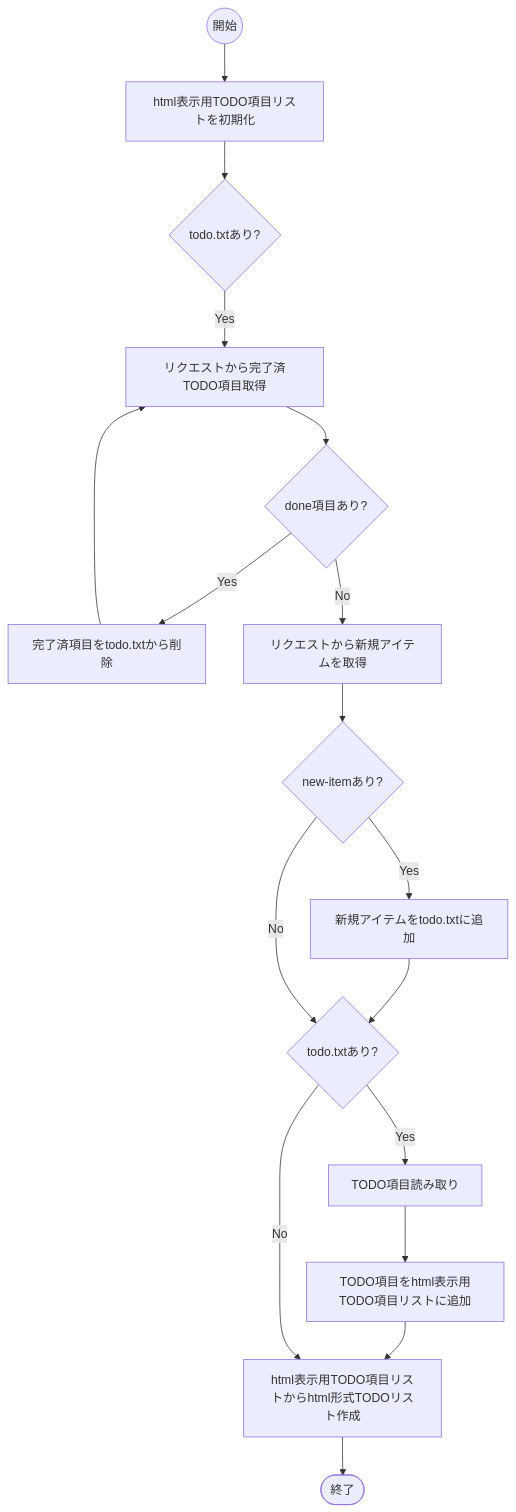
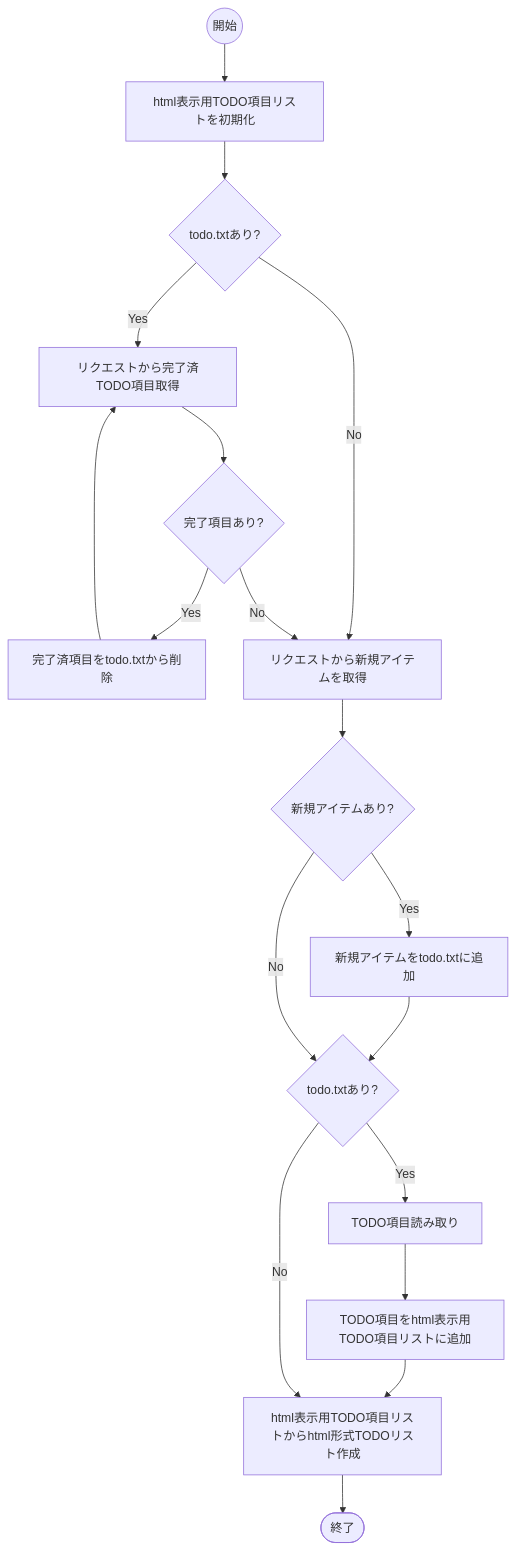
The diagram in docroot/spec/todo-spec/post-todo-flow.mermaid (oc-soft/eg-http-python), drawn with Mermaid before and after one commit.

Commit message:
I fixed the update todo.txt flow with easy to understand.

```diff
--- a/docroot/spec/todo-spec/post-todo-flow.mermaid
+++ b/docroot/spec/todo-spec/post-todo-flow.mermaid
@@ -1,34 +1,35 @@
 flowchart TD
 
   start000@{ shape: circle, label: "開始" }
   end000@{ shape: stadium, label: "終了" }
 
   init010@{ shape: rect, label: "html表示用TODO項目リストを初期化" }
 
   proc010@{ shape: rect, label: "リクエストから完了済TODO項目取得" }
   proc020@{ shape: rect, label: "完了済項目をtodo.txtから削除" }
   proc030@{ shape: rect, label: "リクエストから新規アイテムを取得" }
   proc040@{ shape: rect, label: "新規アイテムをtodo.txtに追加" }
 
   
   proc050@{shape: rect, label: "TODO項目読み取り"}
   proc060@{shape: rect, label: "TODO項目をhtml表示用TODO項目リストに追加"}
 
   proc100@{shape: rect, label: "html表示用TODO項目リストからhtml形式TODOリスト作成" }
  
   
   dec010@{ shape: diamond, label: "todo.txtあり?"}
-  dec020@{ shape: diamond, label: "done項目あり?" }
-  dec030@{ shape: diamond, label: "new-itemあり?" }
+  dec020@{ shape: diamond, label: "完了項目あり?" }
+  dec030@{ shape: diamond, label: "新規アイテムあり?" }
   dec040@{ shape: diamond, label: "todo.txtあり?"}
 
   start000 --> init010 --> dec010
   dec010 -- Yes --> proc010 --> dec020
+  dec010 -- No --> proc030 
 
   dec020 -- Yes --> proc020 --> proc010
   dec020 -- No --> proc030 --> dec030
   dec030 -- Yes --> proc040 --> dec040
   dec030 -- No --> dec040 
   dec040 -- Yes --> proc050 --> proc060 --> proc100
   dec040 -- No --> proc100
   proc100 --> end000 
```
